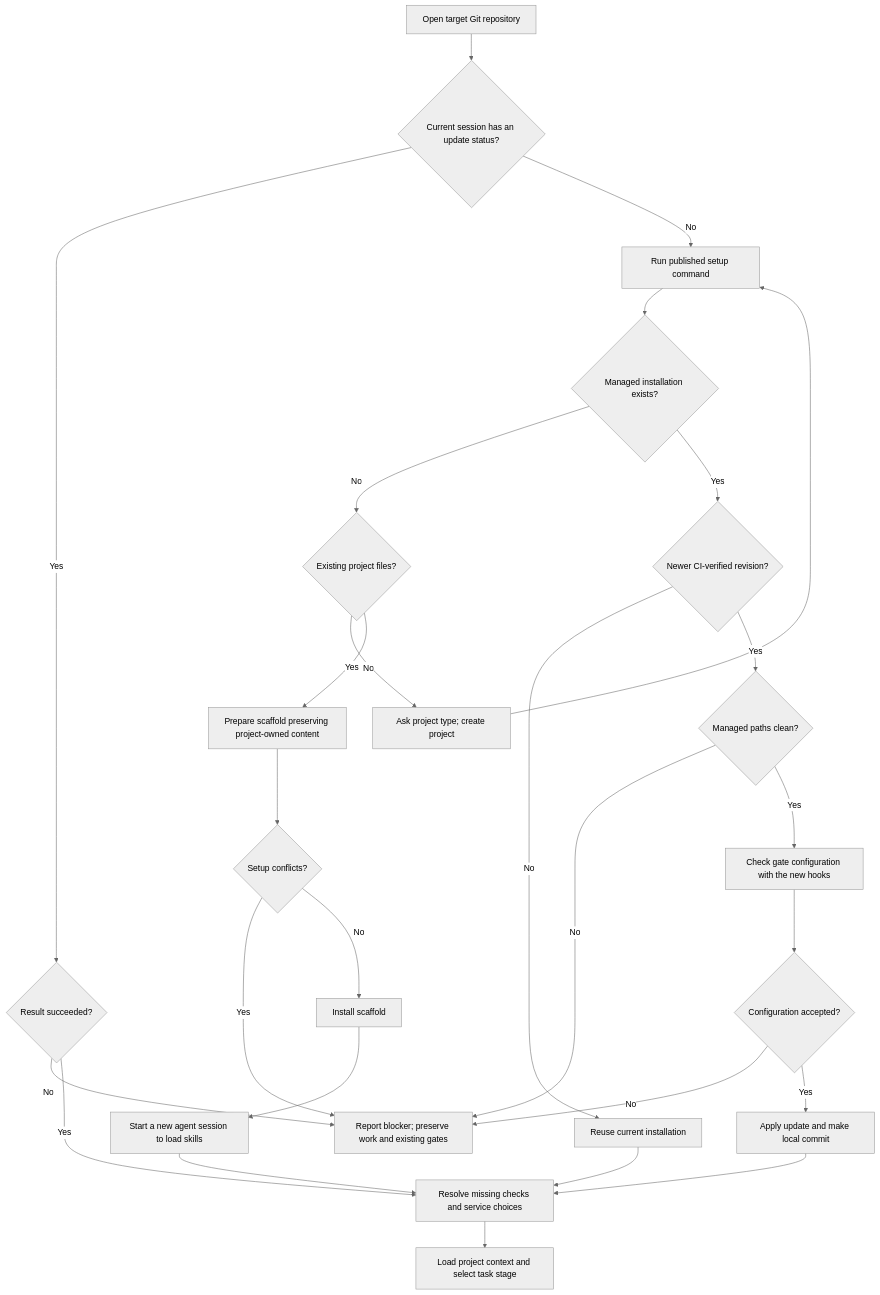
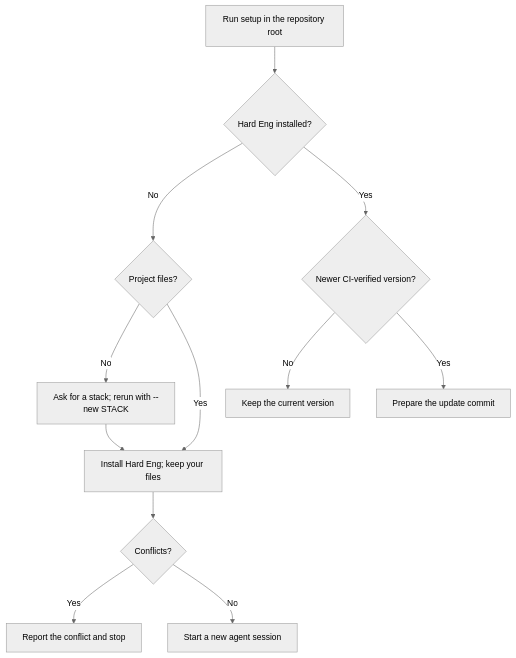
Before and after one commit to sgaabdu4/hard-eng: the second of 7 diagrams in README.md, drawn with Mermaid (neutral theme). The commit also changed other lines of this file and 35 other files, not shown here.

Commit message:
Add setup.sh --new for Flutter, Next.js and React + Vite starter projects that pass every gate

````diff
--- a/README.md
+++ b/README.md
@@ -31,29 +78,14 @@
 ```mermaid
 flowchart TD
-  A[Open target Git repository] --> B{Current session has an update status?}
-  B -->|Yes| R{Result succeeded?}
-  B -->|No| C[Run published setup command]
-  C --> D{Managed installation exists?}
-  D -->|No| E{Existing project files?}
-  E -->|No| N[Ask project type; create project]
-  N --> C
-  E -->|Yes| P[Prepare scaffold preserving project-owned content]
-  P --> F{Setup conflicts?}
-  F -->|Yes| X[Report blocker; preserve work and existing gates]
-  F -->|No| I[Install scaffold]
-  D -->|Yes| V{Newer CI-verified revision?}
-  V -->|No| H[Reuse current installation]
-  V -->|Yes| M{Managed paths clean?}
-  M -->|No| X
-  M -->|Yes| T[Check gate configuration with the new hooks]
-  T --> Q{Configuration accepted?}
-  Q -->|No| X
-  Q -->|Yes| U[Apply update and make local commit]
-  R -->|No| X
-  R -->|Yes| Z[Resolve missing checks and service choices]
-  I --> S[Start a new agent session to load skills]
-  S --> Z
-  H --> Z
-  U --> Z
-  Z --> W[Load project context and select task stage]
+  A[Run setup in the repository root] --> B{Hard Eng installed?}
+  B -->|No| C{Project files?}
+  C -->|No| N[Ask for a stack; rerun with --new STACK]
+  N --> I
+  C -->|Yes| I[Install Hard Eng; keep your files]
+  I --> X{Conflicts?}
+  X -->|Yes| R[Report the conflict and stop]
+  X -->|No| S[Start a new agent session]
+  B -->|Yes| U{Newer CI-verified version?}
+  U -->|No| K[Keep the current version]
+  U -->|Yes| V[Prepare the update commit]
 ```
````
